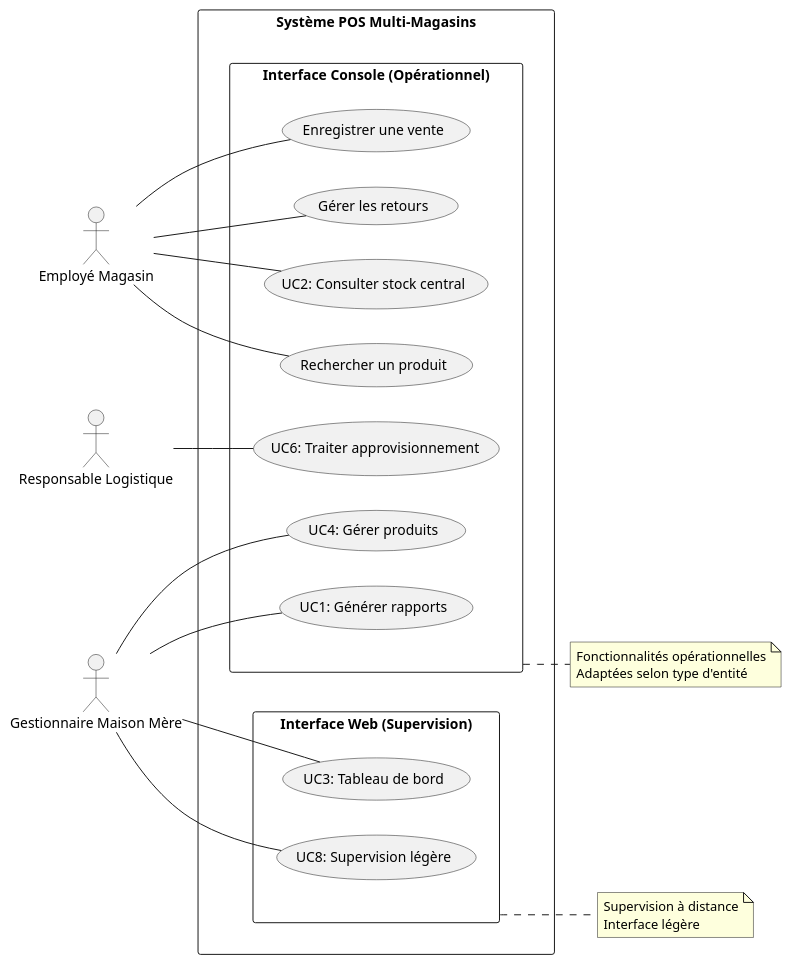
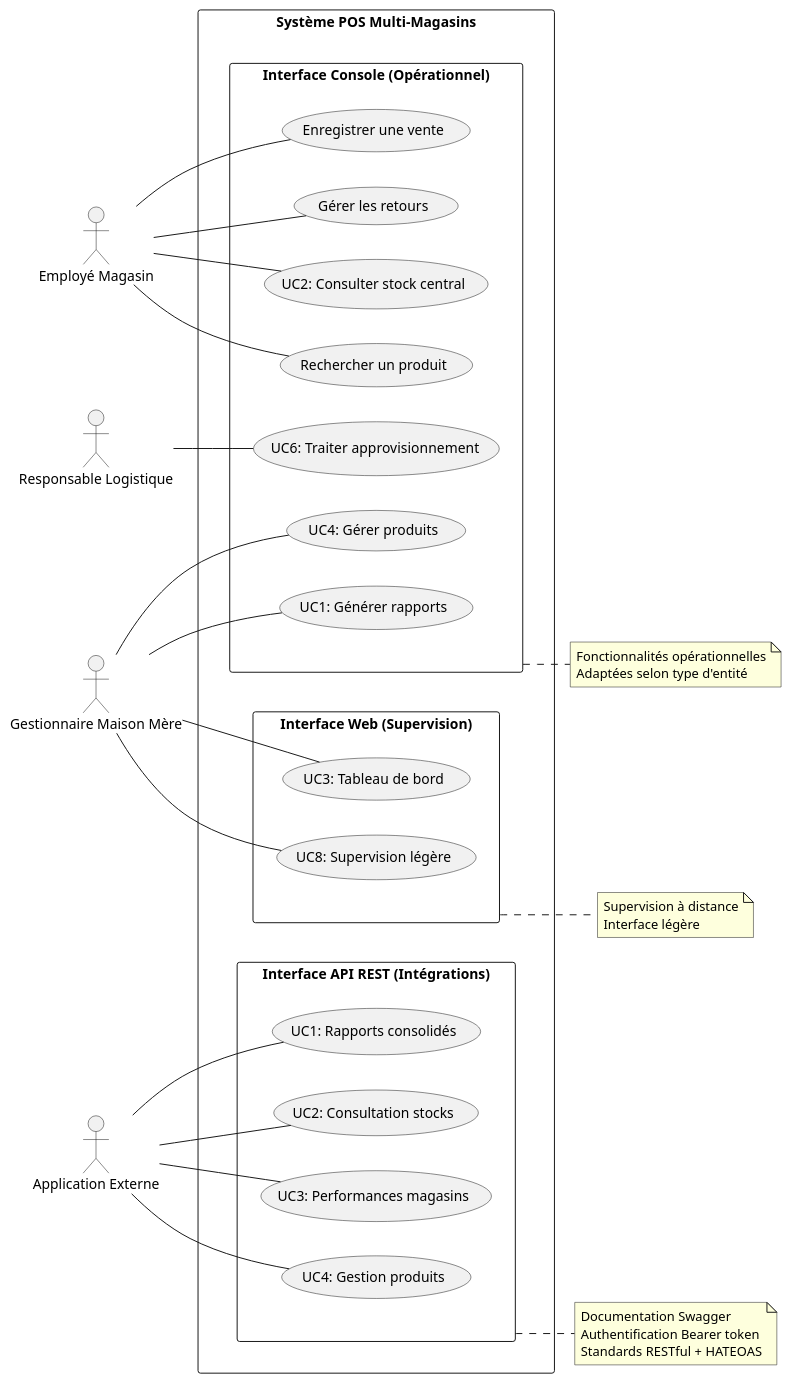
One commit to MelvinSDRS/log430-lab7-bis changed the diagram in docs/uml/cas_utilisation.puml. Above: the diagram before and after it, drawn with PlantUML. The commit also changed 31 other files, not shown here.

```diff
--- a/docs/uml/cas_utilisation.puml
+++ b/docs/uml/cas_utilisation.puml
@@ -1,54 +1,74 @@
 @startuml
 left to right direction
 
 actor "Employé Magasin" as EM
 actor "Responsable Logistique" as RL
 actor "Gestionnaire Maison Mère" as GM
+actor "Application Externe" as AE
 
 rectangle "Système POS Multi-Magasins" {
   
   rectangle "Interface Console (Opérationnel)" as CONSOLE {
     ' UC hérités du Lab 1
     (Rechercher un produit) as UC_RECHERCHE
     (Enregistrer une vente) as UC_VENTE
     (Gérer les retours) as UC_RETOUR
     
     ' UC Lab 2 - Console
-    (UC1: Générer rapports) as UC1
+    (UC1: Générer rapports) as UC1_CONSOLE
     (UC2: Consulter stock central) as UC2
-    (UC4: Gérer produits) as UC4
+    (UC4: Gérer produits) as UC4_CONSOLE
     (UC6: Traiter approvisionnement) as UC6
   }
   
   rectangle "Interface Web (Supervision)" as WEB {
-    (UC3: Tableau de bord) as UC3
+    (UC3: Tableau de bord) as UC3_WEB
     (UC8: Supervision légère) as UC8
+  }
+  
+  rectangle "Interface API REST (Intégrations)" as API {
+    (UC1: Rapports consolidés) as UC1_API
+    (UC2: Consultation stocks) as UC2_API
+    (UC3: Performances magasins) as UC3_API
+    (UC4: Gestion produits) as UC4_API
   }
   
   ' Relations Console
   EM -- UC_RECHERCHE
   EM -- UC_VENTE
   EM -- UC_RETOUR
   EM -- UC2
   
   RL -- UC6
   
-  GM -- UC1
-  GM -- UC4
+  GM -- UC1_CONSOLE
+  GM -- UC4_CONSOLE
   
   ' Relations Web
-  GM -- UC3
+  GM -- UC3_WEB
   GM -- UC8
+  
+  ' Relations API REST
+  AE -- UC1_API
+  AE -- UC2_API
+  AE -- UC3_API
+  AE -- UC4_API
 }
 
 note right of CONSOLE
   Fonctionnalités opérationnelles
   Adaptées selon type d'entité
 end note
 
 note right of WEB
   Supervision à distance
   Interface légère
 end note
 
+note right of API
+  Documentation Swagger
+  Authentification Bearer token
+  Standards RESTful + HATEOAS
+end note
+
 @enduml
```
